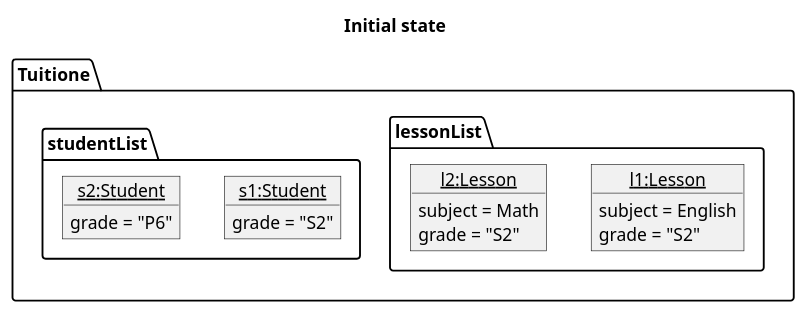
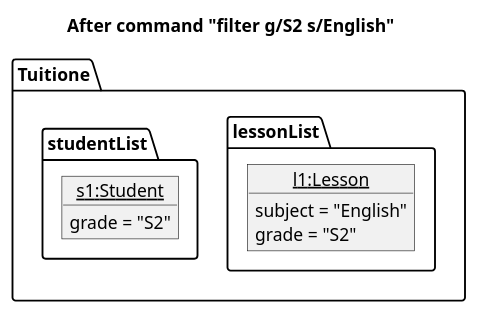
One commit to nus-cs2103-AY2122S1/tp changed the diagram in docs/diagrams/FilterState1.puml. Above: the diagram before and after it, drawn with PlantUML. The commit also changed 4 other files, not shown here.

```diff
--- a/docs/diagrams/FilterState1.puml
+++ b/docs/diagrams/FilterState1.puml
@@ -1,29 +1,21 @@
 @startuml
 'https://plantuml.com/object-diagram
 
-title Initial state
+title After command "filter g/S2 s/English"
 
 package Tuitione {
     package lessonList {
         object "<u>l1:Lesson" as Lesson1 {
-        subject = English
+        subject = "English"
         grade = "S2"
         }
 
-        object "<u>l2:Lesson" as Lesson2 {
-        subject = Math
-        grade = "S2"
-        }
     }
     package studentList {
         object "<u>s1:Student" as Student1 {
         grade = "S2"
         }
-
-        object "<u>s2:Student" as Student2 {
-        grade = "P6"
-        }
     }
 }
 
 @end
```
